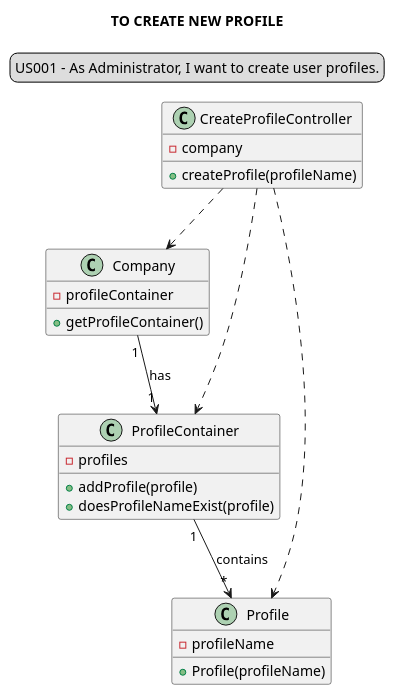
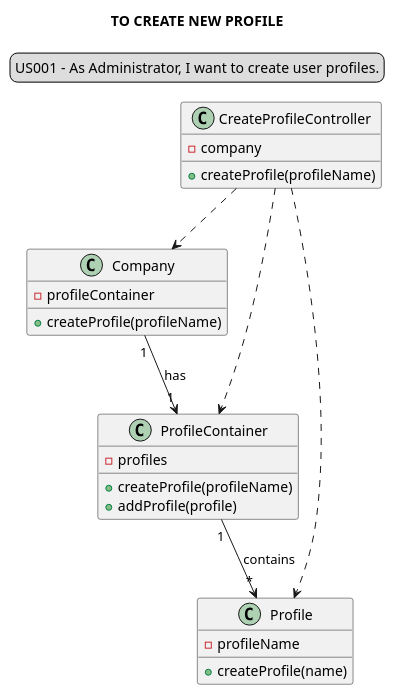
Before and after one commit to Loracline/project_switch_22-23: the diagram in docs/modelling_design/user_stories/us001/US001_classDiagram.puml, drawn with PlantUML. The commit also changed 1 other file, not shown here.

Commit message:
US001 : Design : refinement of class diagram and sequence diagram based on sprint review feedback.

```diff
--- a/docs/modelling_design/user_stories/us001/US001_classDiagram.puml
+++ b/docs/modelling_design/user_stories/us001/US001_classDiagram.puml
@@ -1,36 +1,36 @@
 @startuml
 'https://plantuml.com/class-diagram
 skinparam sequenceMessageAlign center
 title TO CREATE NEW PROFILE
 legend top
 US001 - As Administrator, I want to create user profiles.
 end legend
 
 class "CreateProfileController" {
 -company
 +createProfile(profileName)
 }
 
 class "Company" {
 -profileContainer
-+getProfileContainer()
++createProfile(profileName)
 }
 
 class "ProfileContainer"{
 -profiles
++createProfile(profileName)
 +addProfile(profile)
-+doesProfileNameExist(profile)
 }
 
 class "Profile"{
 -profileName
-+Profile(profileName)
++createProfile(name)
 }
 
 "CreateProfileController" ..>  "Company"
 "CreateProfileController" ..> "ProfileContainer"
 "CreateProfileController" ..> "Profile"
 "Company" "1"-->"1" "ProfileContainer": has
 "ProfileContainer" "1" --> "*" "Profile": contains
 
 @enduml
```
